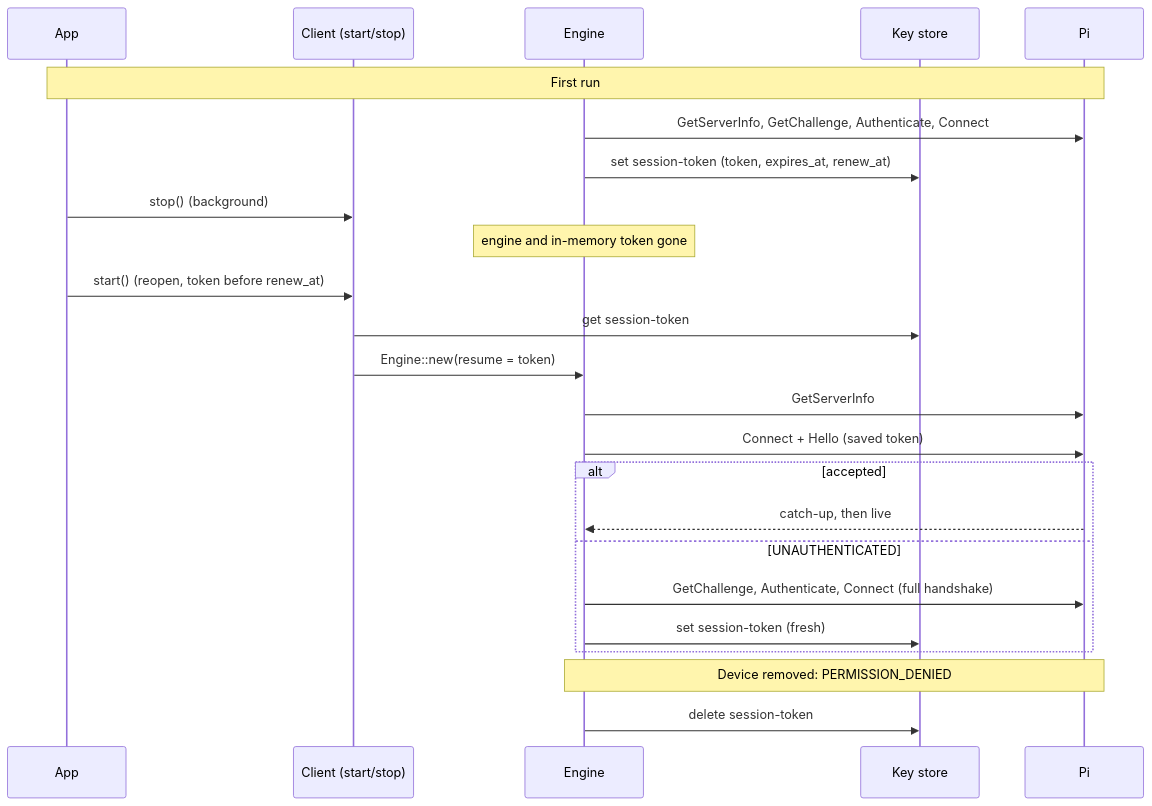
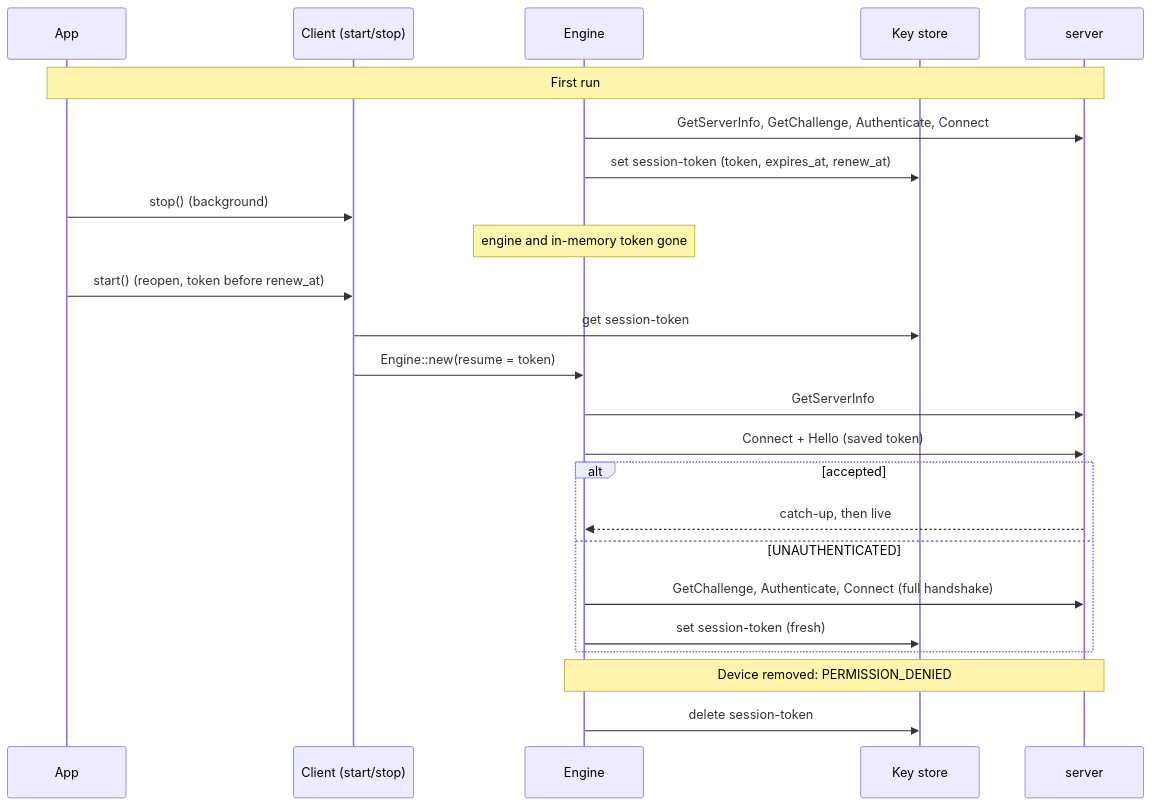
The diagram in openspec/changes/resume-across-restart/design.md (koppathachan/vyajena), drawn with Mermaid before and after one commit. The commit also changed other lines of this file and 437 other files, not shown here.

````diff
--- a/openspec/changes/resume-across-restart/design.md
+++ b/openspec/changes/resume-across-restart/design.md
@@ -75,26 +75,26 @@
 ```mermaid
 sequenceDiagram
   participant App
   participant Core as Client (start/stop)
   participant E as Engine
   participant KS as Key store
-  participant Pi
-  Note over App,Pi: First run
-  E->>Pi: GetServerInfo, GetChallenge, Authenticate, Connect
+  participant server
+  Note over App,server: First run
+  E->>server: GetServerInfo, GetChallenge, Authenticate, Connect
   E->>KS: set session-token (token, expires_at, renew_at)
   App->>Core: stop() (background)
   Note over E: engine and in-memory token gone
   App->>Core: start() (reopen, token before renew_at)
   Core->>KS: get session-token
   Core->>E: Engine::new(resume = token)
-  E->>Pi: GetServerInfo
-  E->>Pi: Connect + Hello (saved token)
+  E->>server: GetServerInfo
+  E->>server: Connect + Hello (saved token)
   alt accepted
-    Pi-->>E: catch-up, then live
+    server-->>E: catch-up, then live
   else UNAUTHENTICATED
-    E->>Pi: GetChallenge, Authenticate, Connect (full handshake)
+    E->>server: GetChallenge, Authenticate, Connect (full handshake)
     E->>KS: set session-token (fresh)
   end
-  Note over E,Pi: Device removed: PERMISSION_DENIED
+  Note over E,server: Device removed: PERMISSION_DENIED
   E->>KS: delete session-token
 ```
````
